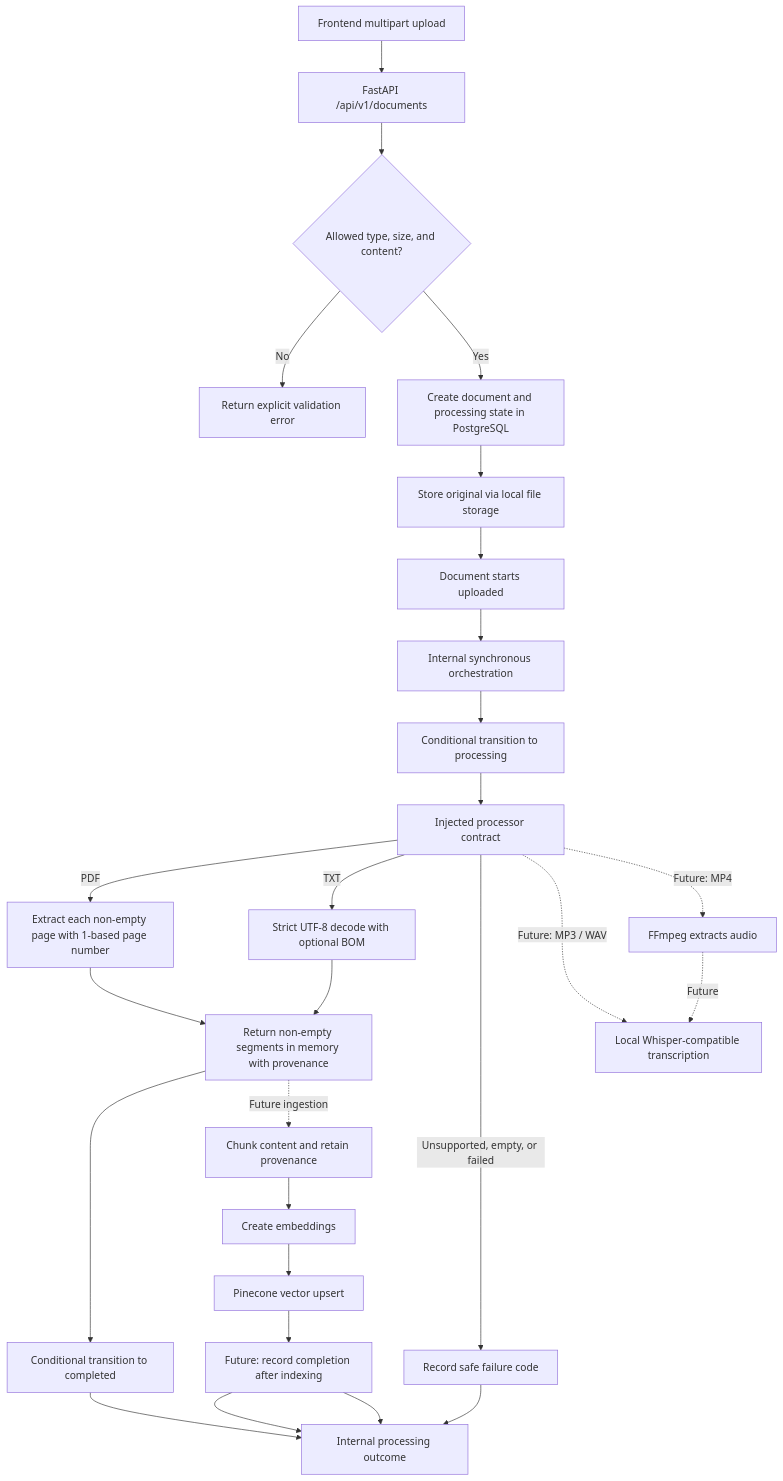
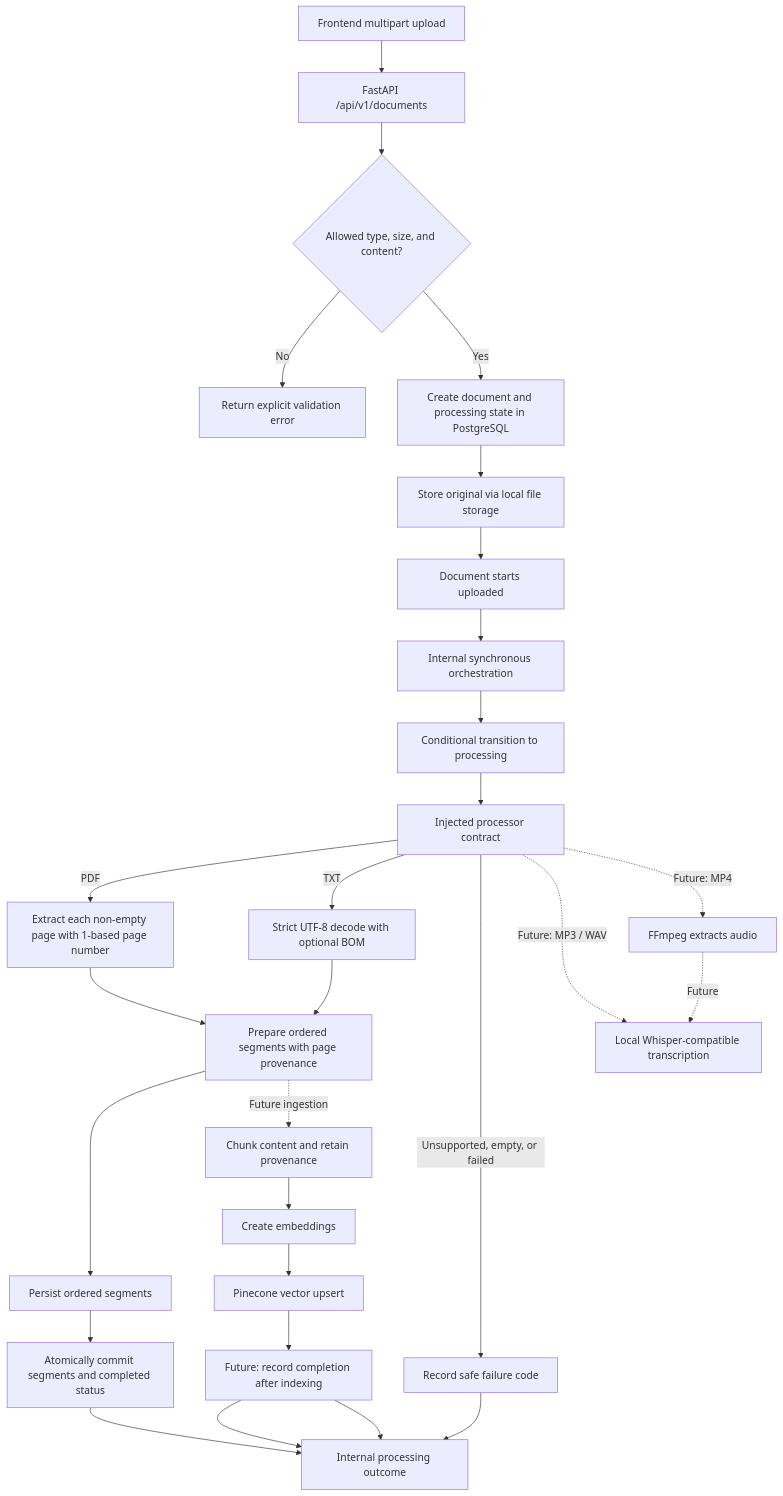
Before and after one commit to Vicky7632/cognify-ai: the first of 2 diagrams in docs/DATA_FLOW.md, drawn with Mermaid. The commit also changed other lines of this file and 12 other files, not shown here.

Commit message:
feat: persist extracted document segments

````diff
--- a/docs/DATA_FLOW.md
+++ b/docs/DATA_FLOW.md
@@ -7,29 +7,30 @@
 ```mermaid
 flowchart TD
     Upload[Frontend multipart upload] --> API[FastAPI /api/v1/documents]
     API --> Validate{Allowed type, size, and content?}
     Validate -->|No| Reject[Return explicit validation error]
     Validate -->|Yes| Create[Create document and processing state in PostgreSQL]
     Create --> File[Store original via local file storage]
     File --> State[Document starts uploaded]
     State --> Orchestrator[Internal synchronous orchestration]
     Orchestrator --> Claim[Conditional transition to processing]
     Claim --> Processor[Injected processor contract]
     Processor -->|PDF| PDF[Extract each non-empty page with 1-based page number]
     Processor -->|TXT| TXT[Strict UTF-8 decode with optional BOM]
     Processor -->|Unsupported, empty, or failed| InternalFailed[Record safe failure code]
-    PDF --> Normalize[Return non-empty segments in memory with provenance]
+    PDF --> Normalize[Prepare ordered segments with page provenance]
     TXT --> Normalize
-    Normalize --> InternalComplete[Conditional transition to completed]
+    Normalize --> PersistSegments[Persist ordered segments]
+    PersistSegments --> InternalComplete[Atomically commit segments and completed status]
     Processor -. Future: MP3 / WAV .-> Audio[Local Whisper-compatible transcription]
     Processor -. Future: MP4 .-> ExtractAudio[FFmpeg extracts audio]
     ExtractAudio -. Future .-> Audio
     Normalize -. Future ingestion .-> Chunk[Chunk content and retain provenance]
     Chunk --> Embed[Create embeddings]
     Embed --> Persist[Pinecone vector upsert]
     Persist --> CompletedWithIndex[Future: record completion after indexing]
     CompletedWithIndex --> Result[Future ingestion status and source identifier]
     InternalComplete --> Result[Internal processing outcome]
     InternalFailed --> Result
     CompletedWithIndex --> Result
 ```
````
